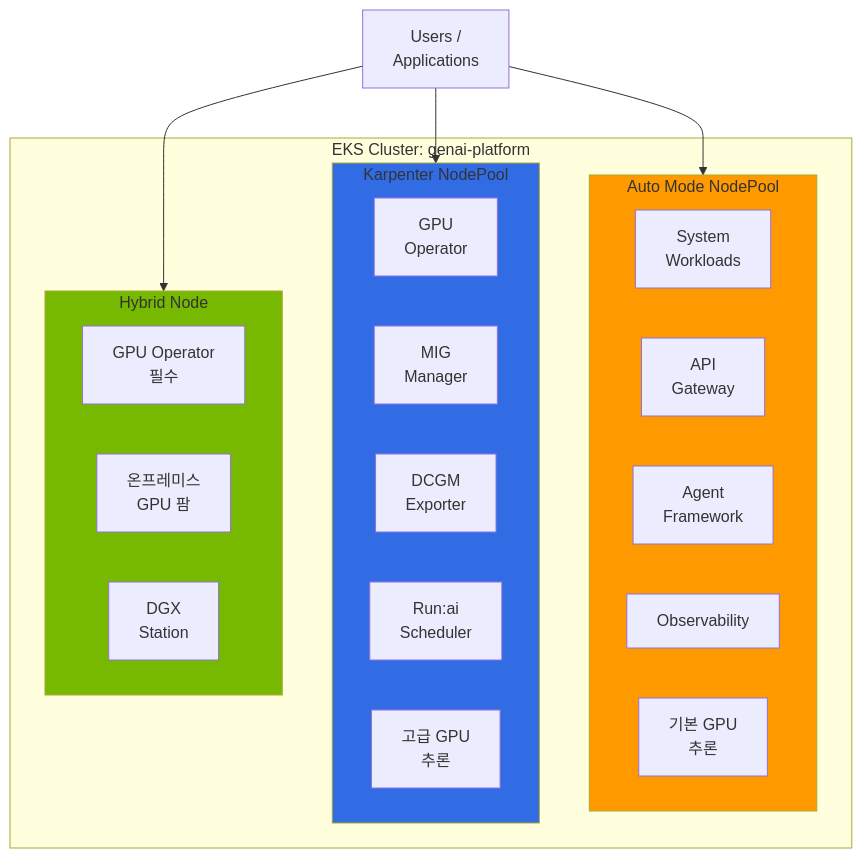
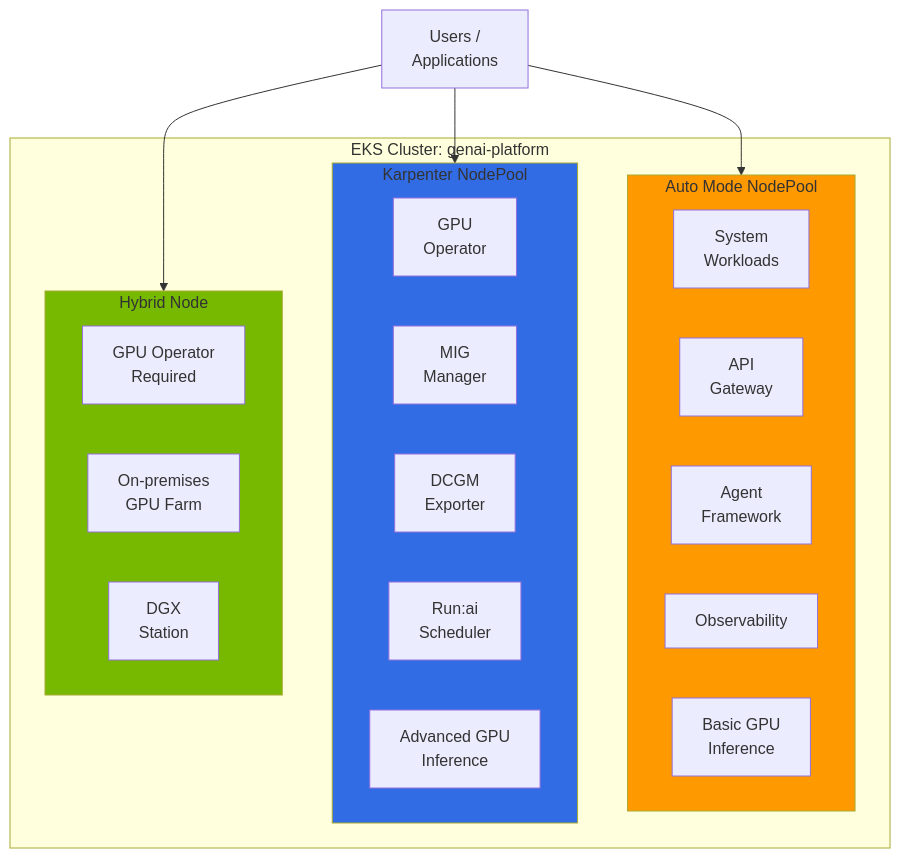
The first of 5 diagrams in docs/agentic-ai-platform/model-serving/gpu-infrastructure/eks-gpu-node-strategy.md (devfloor9/engineering-playbook), drawn with Mermaid before and after one commit. The commit also changed other lines of this file and 954 other files, not shown here.

````diff
--- a/docs/agentic-ai-platform/model-serving/gpu-infrastructure/eks-gpu-node-strategy.md
+++ b/docs/agentic-ai-platform/model-serving/gpu-infrastructure/eks-gpu-node-strategy.md
@@ -275,36 +233,36 @@
 ```mermaid
 flowchart TB
     Users[Users /<br/>Applications]
 
     subgraph Cluster["EKS Cluster: genai-platform"]
         subgraph Auto["Auto Mode NodePool"]
             A1[System<br/>Workloads]
             A2[API<br/>Gateway]
             A3[Agent<br/>Framework]
             A4[Observability]
-            A5[기본 GPU<br/>추론]
+            A5[Basic GPU<br/>Inference]
         end
 
         subgraph Karp["Karpenter NodePool"]
             K1[GPU<br/>Operator]
             K2[MIG<br/>Manager]
             K3[DCGM<br/>Exporter]
             K4[Run:ai<br/>Scheduler]
-            K5[고급 GPU<br/>추론]
+            K5[Advanced GPU<br/>Inference]
         end
 
         subgraph Hyb["Hybrid Node"]
-            H1[GPU Operator<br/>필수]
-            H2[온프레미스<br/>GPU 팜]
+            H1[GPU Operator<br/>Required]
+            H2[On-premises<br/>GPU Farm]
             H3[DGX<br/>Station]
         end
     end
 
     Users --> Auto
     Users --> Karp
     Users --> Hyb
 
     style Auto fill:#ff9900
     style Karp fill:#326ce5
     style Hyb fill:#76b900
 ```
````
